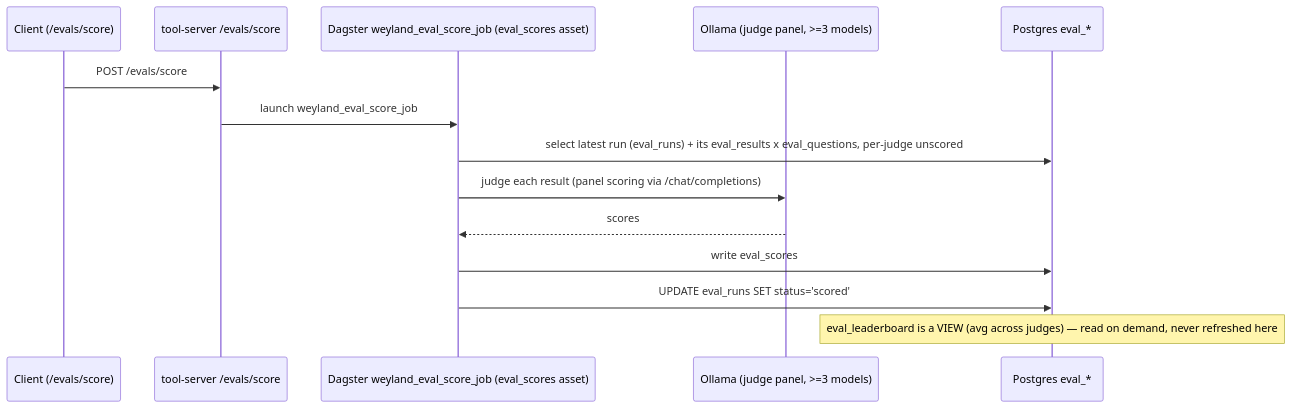
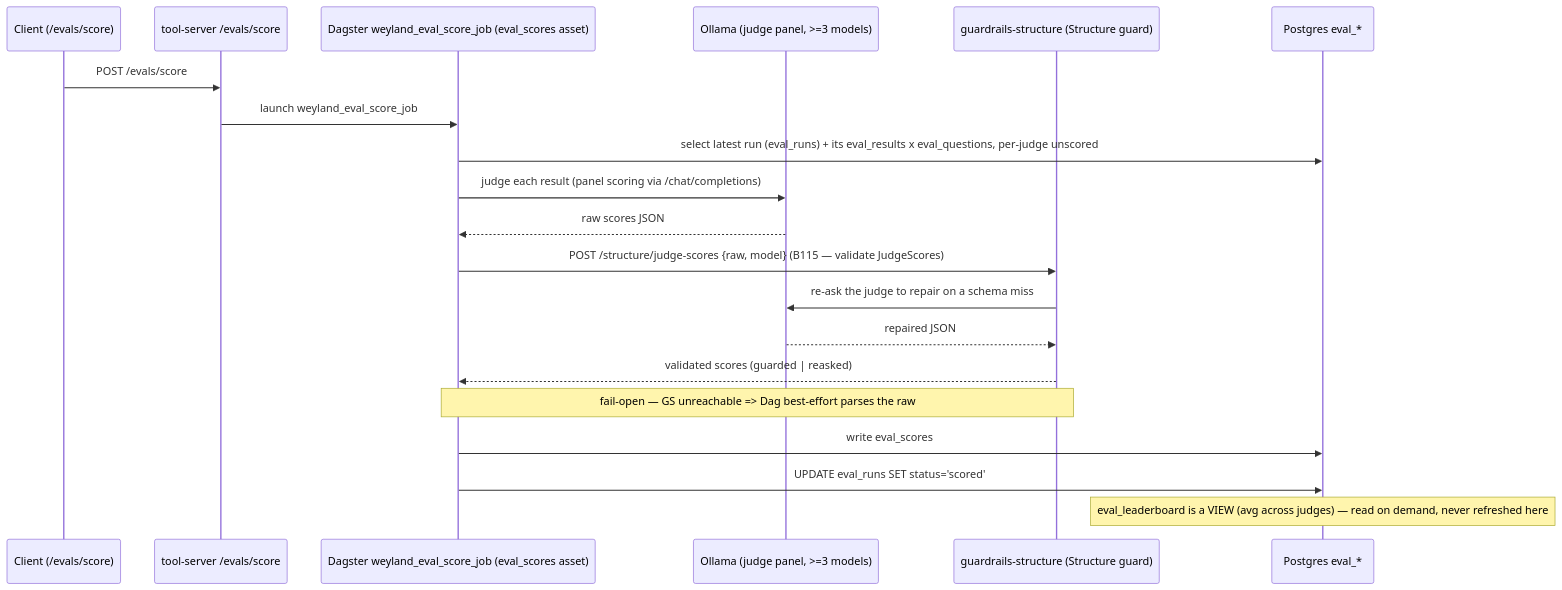
Before and after one commit to edtbl76/weyland-lab: the diagram in docs/diagrams/flow-eval-scoring.md, drawn with Mermaid. The commit also changed other lines of this file and 9 other files, not shown here.

Commit message:
Add B115 Structure layer: integrate standalone guardrails-structure service for schema validation and re-ask of judge outputs. Update eval pipeline, add fail-safe fallback, extend documentation, and adjust deployment manifests to support Guardrails AI.

````diff
--- a/docs/diagrams/flow-eval-scoring.md
+++ b/docs/diagrams/flow-eval-scoring.md
@@ -9,16 +11,22 @@
 ```mermaid
 sequenceDiagram
     participant C as Client (/evals/score)
     participant TS as tool-server /evals/score
     participant Dag as Dagster weyland_eval_score_job (eval_scores asset)
     participant OLL as Ollama (judge panel, >=3 models)
+    participant GS as guardrails-structure (Structure guard)
     participant PG as Postgres eval_*
     C->>TS: POST /evals/score
     TS->>Dag: launch weyland_eval_score_job
     Dag->>PG: select latest run (eval_runs) + its eval_results x eval_questions, per-judge unscored
     Dag->>OLL: judge each result (panel scoring via /chat/completions)
-    OLL-->>Dag: scores
+    OLL-->>Dag: raw scores JSON
+    Dag->>GS: POST /structure/judge-scores {raw, model} (B115 — validate JudgeScores)
+    GS->>OLL: re-ask the judge to repair on a schema miss
+    OLL-->>GS: repaired JSON
+    GS-->>Dag: validated scores (guarded | reasked)
+    Note over Dag,GS: fail-open — GS unreachable => Dag best-effort parses the raw
     Dag->>PG: write eval_scores
     Dag->>PG: UPDATE eval_runs SET status='scored'
     Note over PG: eval_leaderboard is a VIEW (avg across judges) — read on demand, never refreshed here
 ```
````
